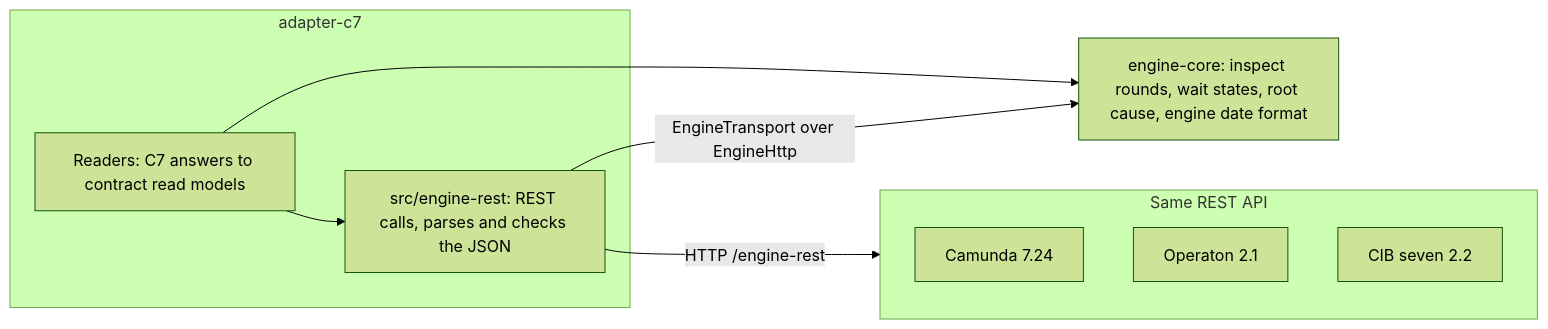
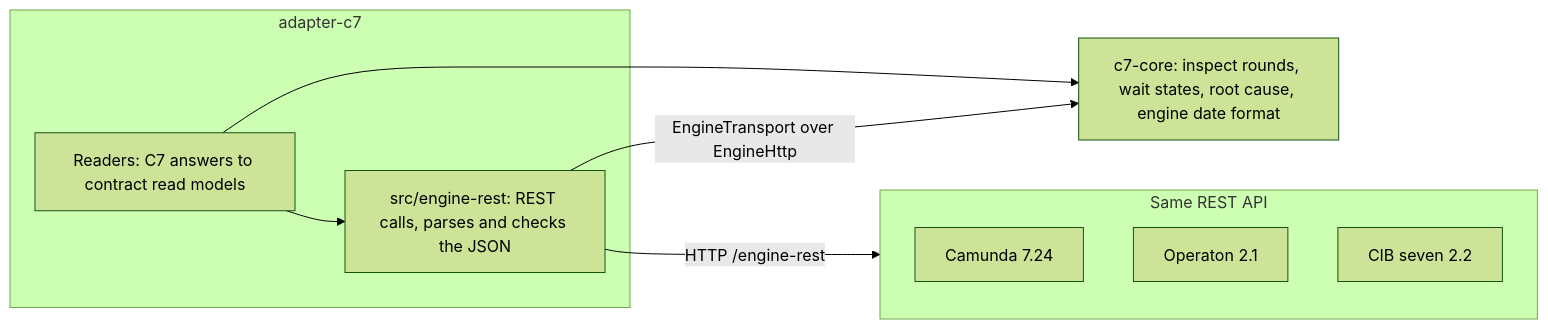
The diagram in apps/vscode/docs/adr/c7-adapter.md (Miragon/pulse), drawn with Mermaid (forest theme) before and after one commit. The commit also changed other lines of this file and 257 other files, not shown here.

````diff
--- a/apps/vscode/docs/adr/c7-adapter.md
+++ b/apps/vscode/docs/adr/c7-adapter.md
@@ -13,17 +13,17 @@
 ```mermaid
 flowchart LR
   subgraph adapter [adapter-c7]
     readers[Readers: C7 answers to contract read models]
     rest[src/engine-rest: REST calls, parses and checks the JSON]
   end
-  core[engine-core: inspect rounds, wait states, root cause, engine date format]
+  core[c7-core: inspect rounds, wait states, root cause, engine date format]
   rest -- "EngineTransport over EngineHttp" --> core
   readers --> core
   subgraph family [Same REST API]
     camunda7[Camunda 7.24]
     operaton[Operaton 2.1]
     cibseven[CIB seven 2.2]
   end
   readers --> rest
   rest -- HTTP /engine-rest --> family
 ```
````
